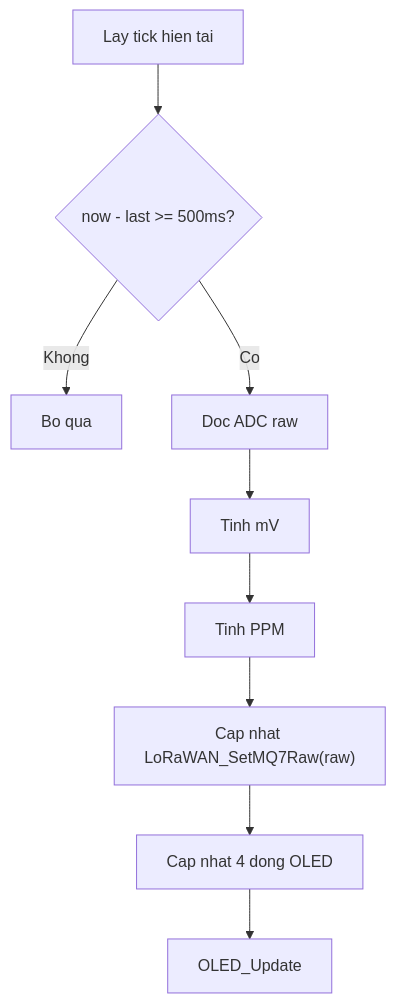
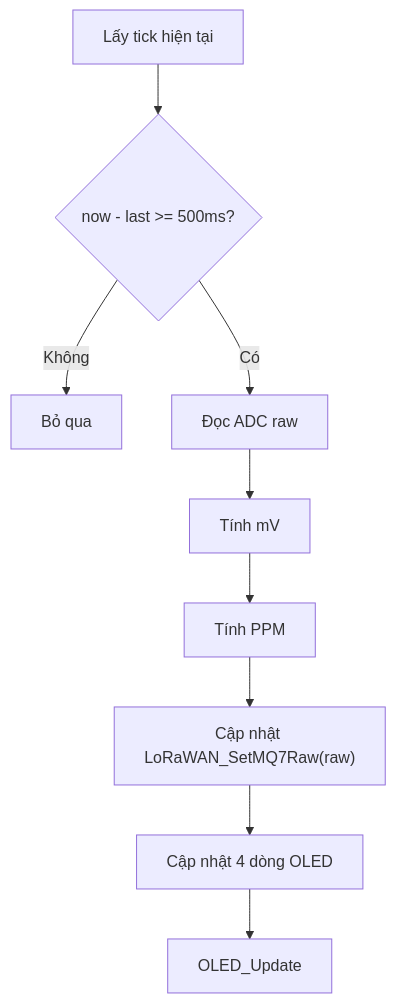
The third of 8 diagrams in docs/bao-cao-thuyet-minh-lorawan-node.md (vuongpq/lorawan-node-f401), drawn with Mermaid before and after one commit. The commit also changed other lines of this file, not shown here.

````diff
--- a/docs/bao-cao-thuyet-minh-lorawan-node.md
+++ b/docs/bao-cao-thuyet-minh-lorawan-node.md
@@ -141,11 +141,11 @@
 ```mermaid
 flowchart TD
-    A[Lay tick hien tai] --> B{now - last >= 500ms?}
-    B -- Khong --> Z[Bo qua]
-    B -- Co --> C[Doc ADC raw]
-    C --> D[Tinh mV]
-    D --> E[Tinh PPM]
-    E --> F["Cap nhat LoRaWAN_SetMQ7Raw(raw)"]
-    F --> G[Cap nhat 4 dong OLED]
+    A[Lấy tick hiện tại] --> B{now - last >= 500ms?}
+    B -- Không --> Z[Bỏ qua]
+    B -- Có --> C[Đọc ADC raw]
+    C --> D[Tính mV]
+    D --> E[Tính PPM]
+    E --> F["Cập nhật LoRaWAN_SetMQ7Raw(raw)"]
+    F --> G[Cập nhật 4 dòng OLED]
     G --> H[OLED_Update]
 ```
````
